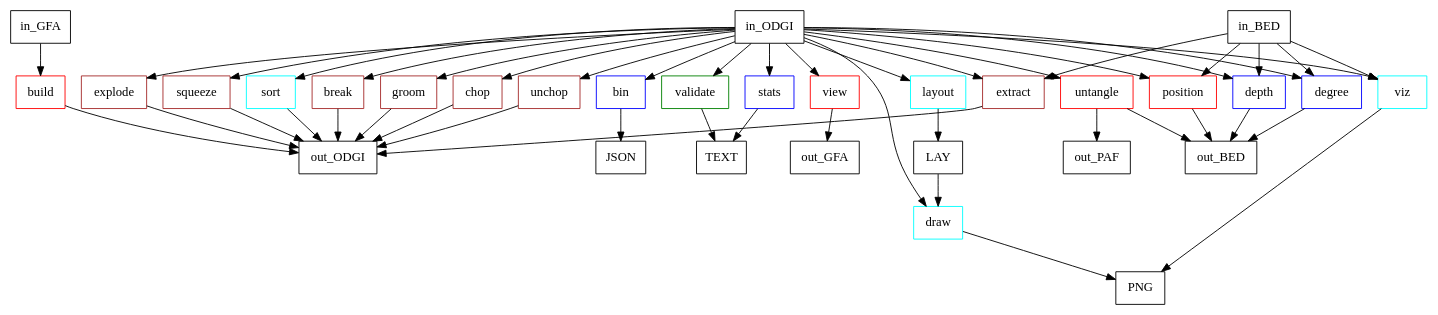
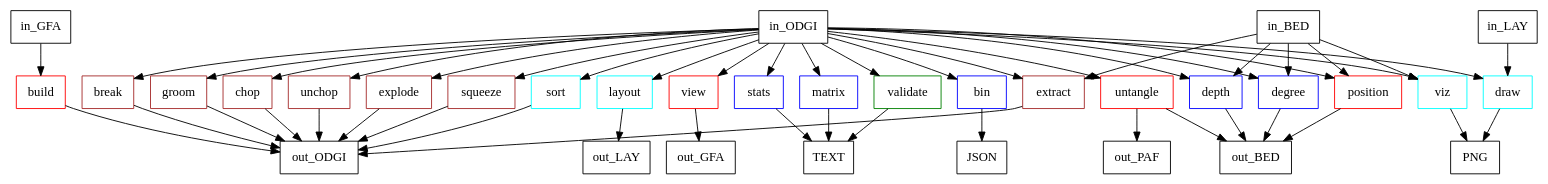
One commit to pangenome/odgi-paper changed the diagram in manuscript/fig/odgi_tools.dot. Above: the diagram before and after it, drawn with Graphviz. The commit also changed 1 other file, not shown here.

```diff
--- a/manuscript/fig/odgi_tools.dot
+++ b/manuscript/fig/odgi_tools.dot
@@ -1,60 +1,62 @@
 digraph sample {
 	node [
 		shape=box
 		color=black
 	]
 
 	build [color = red]
 	view [color = red]
 
 	validate [color = green]
 
 	stats [color = blue]
 	bin [color = blue]
 	depth [color = blue]
 	degree [color = blue]
+  	matrix [color = blue]
 
 	break [color = brown]
 	groom [color = brown]
 	chop [color = brown]
 	unchop [color = brown]
 	explode [color = brown]
 	squeeze [color = brown]
 	extract [color = brown]
 
 	position [color = red]
     untangle [color = red]
 
 	viz [color = cyan]
 	sort [color = cyan]
 	layout [color = cyan]
 	draw [color = cyan]
 
 	in_GFA -> build
-	in_ODGI -> {view, validate, stats, bin, depth, degree, break, groom, chop, unchop, explode, squeeze, extract, position, viz, sort, layout, draw, untangle}
+	in_ODGI -> {view, validate, stats, bin, depth, degree, break, groom, chop, unchop, explode, squeeze, extract, position, viz, sort, layout, draw, untangle, matrix}
 	in_BED -> {depth, degree, extract, position, viz}
-	LAY -> {draw}
+    in_LAY -> {draw}
 
 	build -> out_ODGI
 	view ->  out_GFA
 	validate -> TEXT
 	stats -> TEXT
+    matrix -> TEXT
 	bin -> JSON
 	depth -> out_BED
 	degree -> out_BED
 	break -> out_ODGI
 	groom -> out_ODGI
 	chop -> out_ODGI
 	unchop -> out_ODGI
 	explode -> out_ODGI
 	squeeze -> out_ODGI
 	extract -> out_ODGI
 	position -> out_BED
 	viz -> PNG
 	sort -> out_ODGI
-	layout -> LAY
+	layout -> out_LAY
 	draw -> PNG
     untangle -> out_BED
     untangle -> out_PAF
 
 }
```
